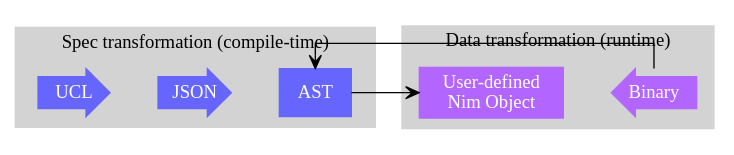
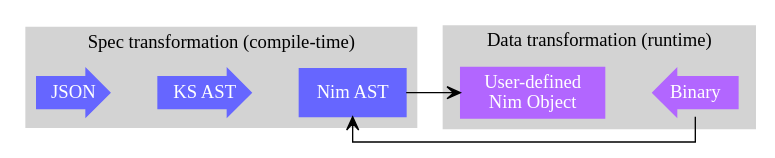
The diagram in flow.dot (sealmove/nimitai), drawn with Graphviz before and after one commit. The commit also changed 4 other files, not shown here.

```diff
--- a/flow.dot
+++ b/flow.dot
@@ -1,38 +1,38 @@
 digraph G {
   rankdir="LR"
   splines=ortho;
   node [shape=box];
 
-  ucl  [label="UCL" fontcolor=white color="#6666ff" fillcolor="#6666ff"
-        style=filled shape=rarrow]
-  json [label="JSON" fontcolor=white color="#6666ff" fillcolor="#6666ff"
-        style=filled shape=rarrow]
-  ast  [label="AST" fontcolor=white color="#6666ff" fillcolor="#6666ff"
-        style=filled]
-  obj  [label="User-defined\nNim Object" fontcolor=white color="#b266ff"
-        fillcolor="#b266ff" style=filled]
-  bin  [label="Binary" fontcolor=white color="#b266ff" fillcolor="#b266ff"
-        style=filled shape=larrow]
+  json  [label="JSON" fontcolor=white color="#6666ff" fillcolor="#6666ff"
+         style=filled shape=rarrow]
+  ksast [label="KS AST" fontcolor=white color="#6666ff" fillcolor="#6666ff"
+         style=filled shape=rarrow]
+  nast  [label="Nim AST" fontcolor=white color="#6666ff" fillcolor="#6666ff"
+         style=filled]
+  obj   [label="User-defined\nNim Object" fontcolor=white color="#b266ff"
+         fillcolor="#b266ff" style=filled]
+  bin   [label="Binary" fontcolor=white color="#b266ff" fillcolor="#b266ff"
+         style=filled shape=larrow]
 
-  ucl  -> json [style=invis];
-  json -> ast  [style=invis];
-  ast  -> obj  [arrowhead=vee];
-  obj  -> bin  [style=invis];
-  bin  -> ast  [arrowhead=vee constraint=false];
+  json  -> ksast [style=invis];
+  ksast -> nast  [style=invis];
+  nast  -> obj   [arrowhead=vee];
+  obj   -> bin   [style=invis];
+  bin   -> nast  [arrowhead=vee constraint=false];
 
   subgraph cluster_ct {
-    ucl json ast;
+    json ksast nast;
 
     label="Spec transformation (compile-time)";
     style=filled;
     color=lightgrey;
   }
 
   subgraph cluster_rt {
     obj bin;
 
     label="Data transformation (runtime)";
     style=filled;
     color=lightgrey;
   }
 }
```
